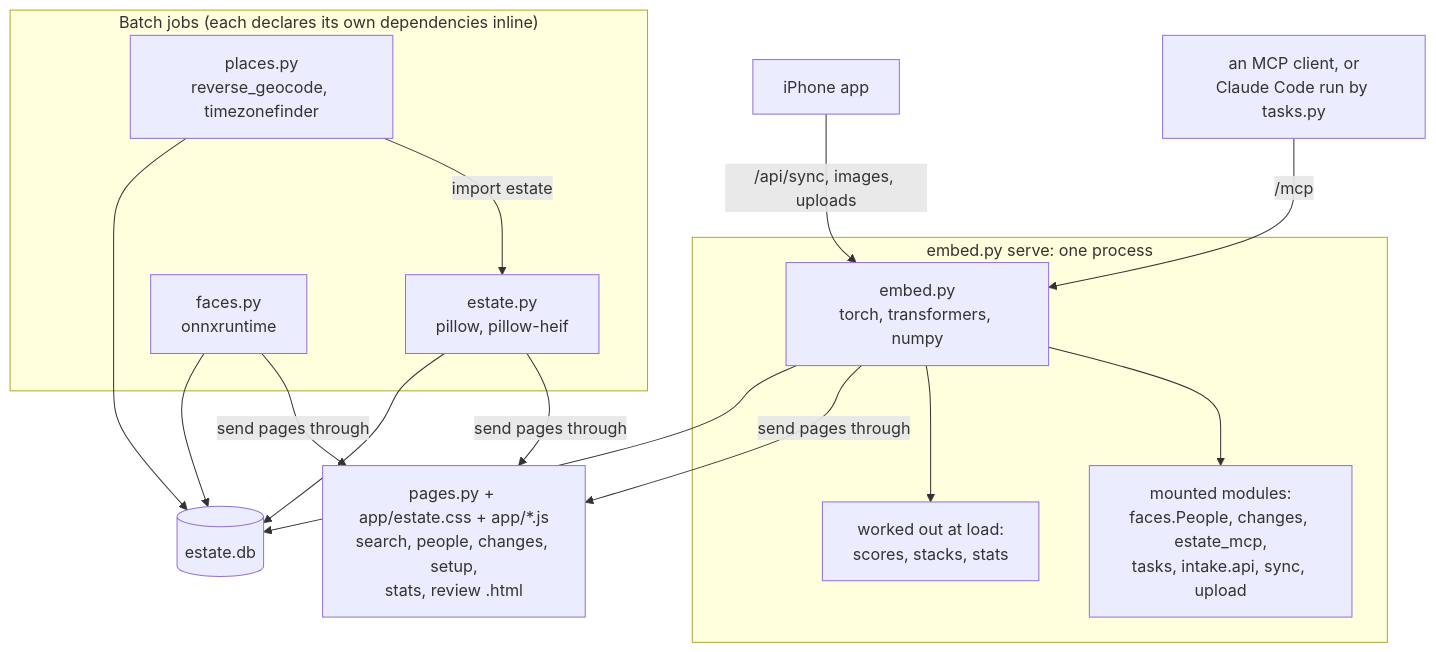
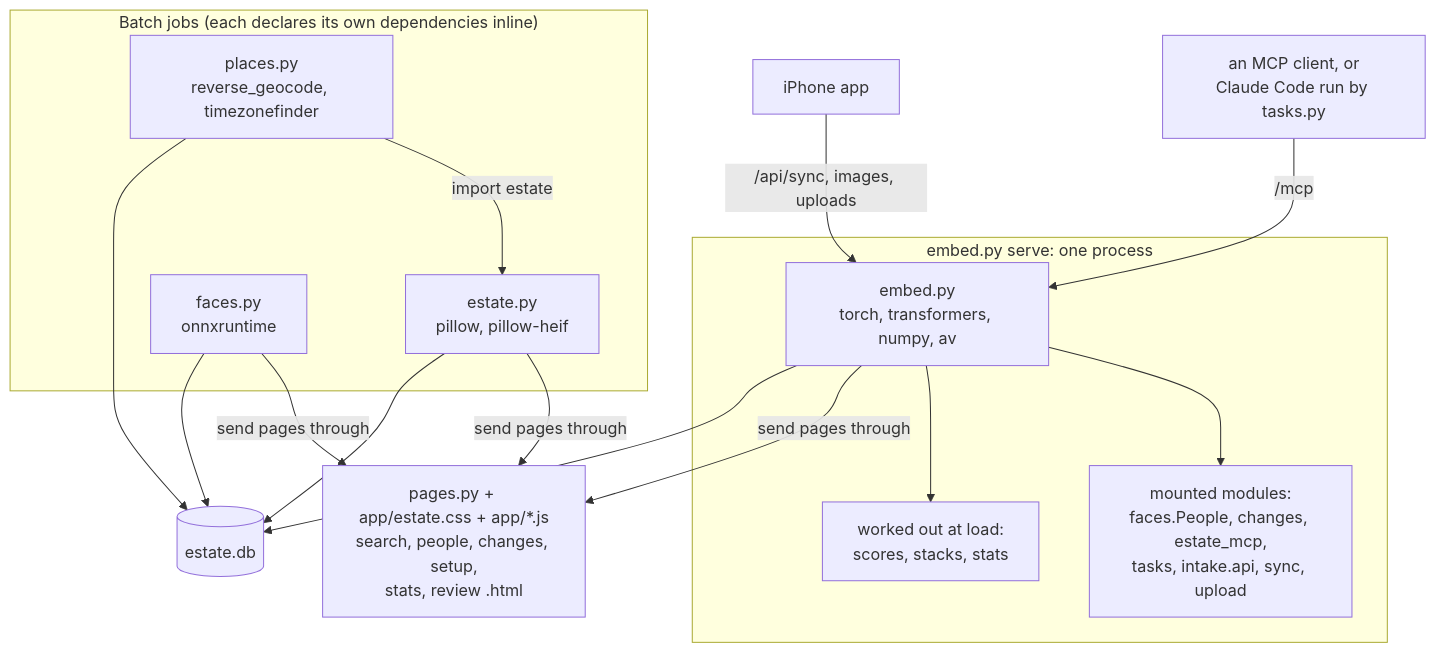
The second of 2 diagrams in docs/book/02-code-tour.md (jflam/photo-estate), drawn with Mermaid before and after one commit. The commit also changed other lines of this file and 19 other files, not shown here.

````diff
--- a/docs/book/02-code-tour.md
+++ b/docs/book/02-code-tour.md
@@ -326,24 +337,24 @@
 ```mermaid
 flowchart TD
     subgraph batch["Batch jobs (each declares its own dependencies inline)"]
       EST["estate.py<br/>pillow, pillow-heif"]
       PLC["places.py<br/>reverse_geocode, timezonefinder"]
       FAC["faces.py<br/>onnxruntime"]
     end
     subgraph server["embed.py serve: one process"]
-      EMB["embed.py<br/>torch, transformers, numpy"]
+      EMB["embed.py<br/>torch, transformers, numpy, av"]
       MODS["mounted modules:<br/>faces.People, changes, estate_mcp,<br/>tasks, intake.api, sync, upload"]
       LOAD["worked out at load:<br/>scores, stacks, stats"]
     end
     PAGES["pages.py + app/estate.css + app/*.js<br/>search, people, changes, setup,<br/>stats, review .html"]
     DB[("estate.db")]
     PHONE["iPhone app"]
     AGENT["an MCP client, or<br/>Claude Code run by tasks.py"]
 
     PLC -->|"import estate"| EST
     EMB --> MODS & LOAD
     EST & FAC & EMB -->|"send pages through"| PAGES
     EST & PLC & FAC & EMB --> DB
     PHONE -->|"/api/sync, images, uploads"| EMB
     AGENT -->|"/mcp"| EMB
 ```
````
